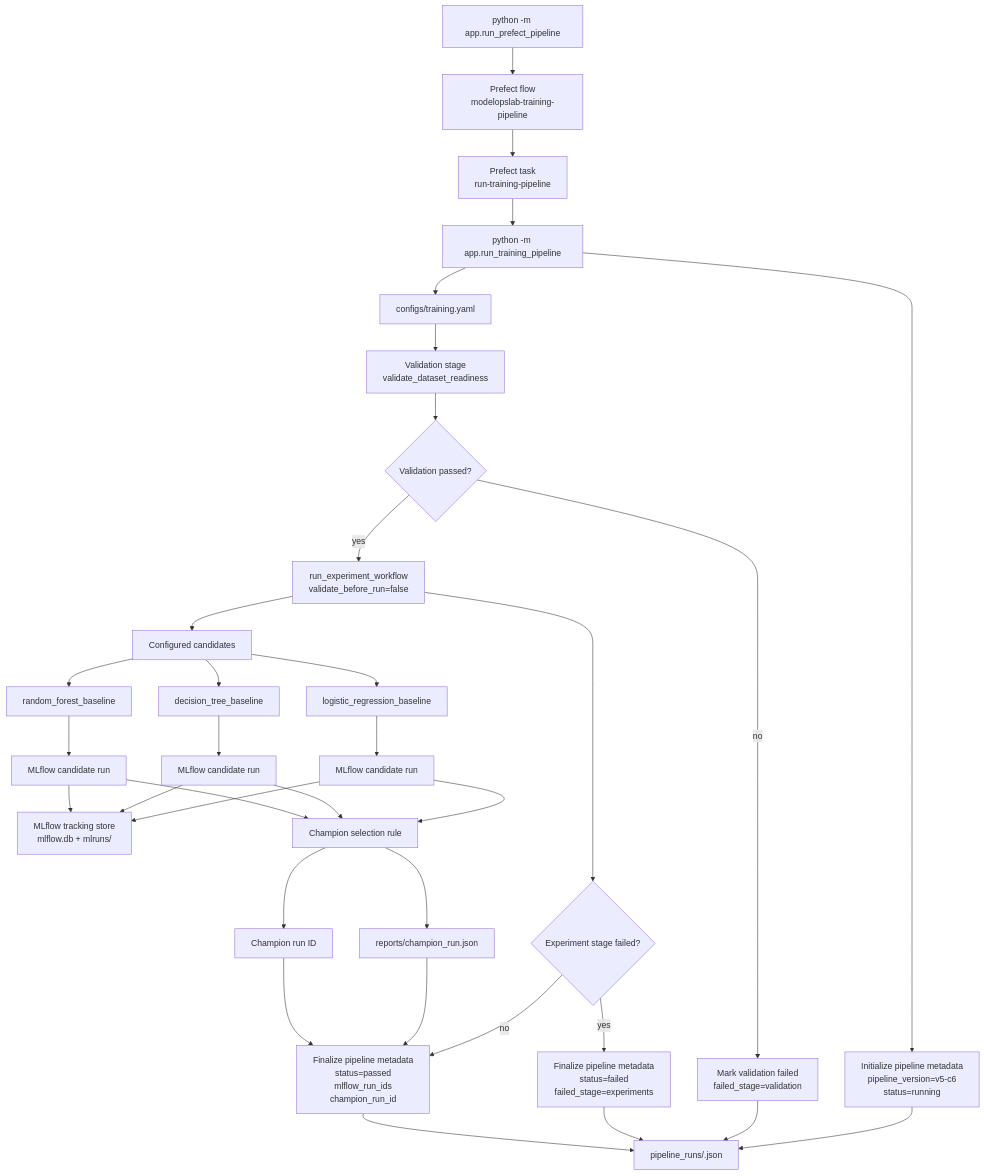
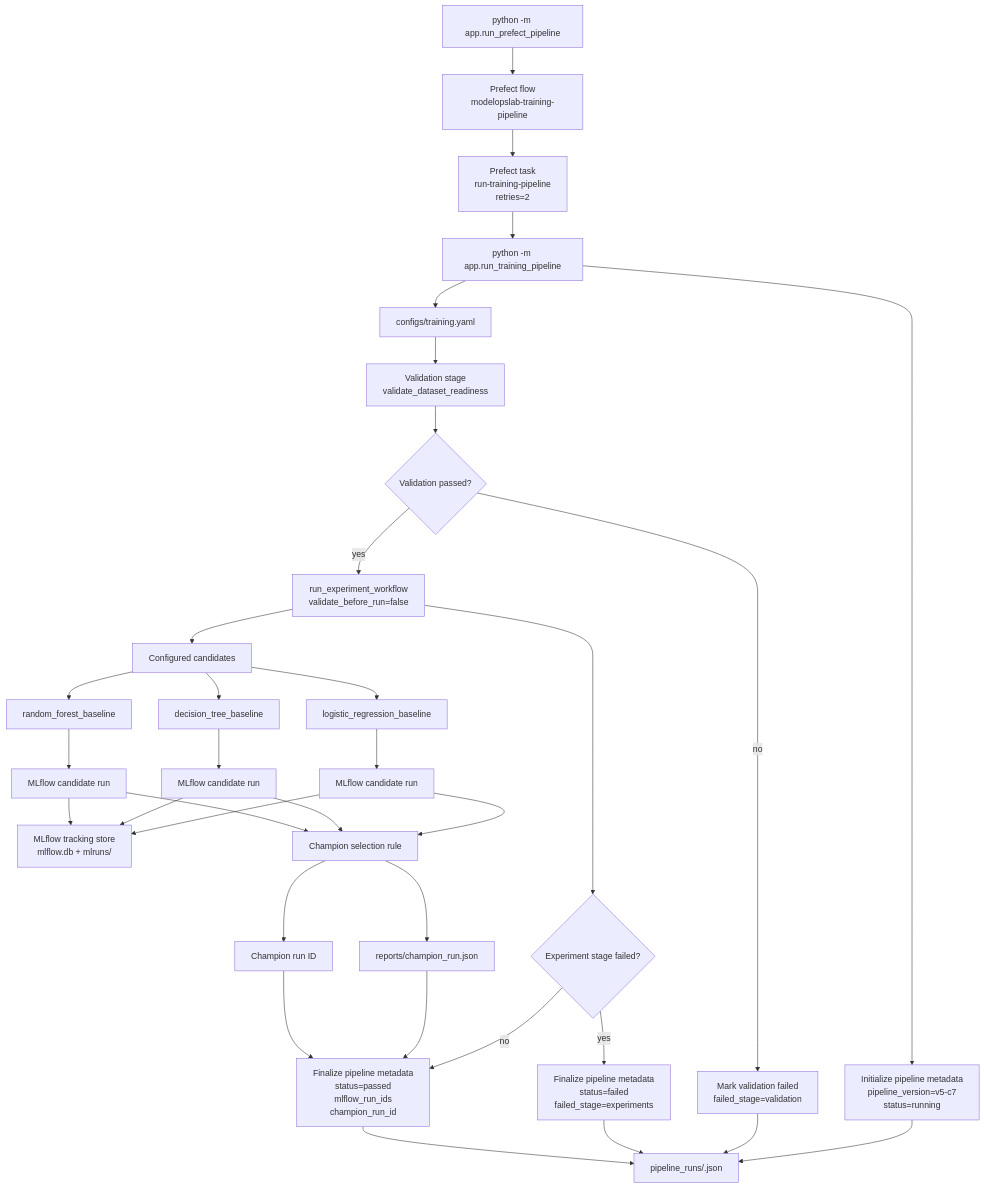
Before and after one commit to git4alauddin/model-ops-lab: the diagram in docs/diagrams/v5_training_pipeline_flow.md, drawn with Mermaid. The commit also changed 11 other files, not shown here.

````diff
--- a/docs/diagrams/v5_training_pipeline_flow.md
+++ b/docs/diagrams/v5_training_pipeline_flow.md
@@ -7,74 +7,74 @@
 ```mermaid
 flowchart TD
     prefect_cmd["python -m app.run_prefect_pipeline"]
     prefect_flow["Prefect flow<br/>modelopslab-training-pipeline"]
-    prefect_task["Prefect task<br/>run-training-pipeline"]
+    prefect_task["Prefect task<br/>run-training-pipeline<br/>retries=2"]
     pipeline_cmd["python -m app.run_training_pipeline"]
     config["configs/training.yaml"]
-    metadata_start["Initialize pipeline metadata<br/>pipeline_version=v5-c6<br/>status=running"]
+    metadata_start["Initialize pipeline metadata<br/>pipeline_version=v5-c7<br/>status=running"]
     validation["Validation stage<br/>validate_dataset_readiness"]
     validation_gate{"Validation passed?"}
     validation_failed["Mark validation failed<br/>failed_stage=validation"]
 
     experiment_workflow["run_experiment_workflow<br/>validate_before_run=false"]
     candidates["Configured candidates"]
     logreg["logistic_regression_baseline"]
     tree["decision_tree_baseline"]
     forest["random_forest_baseline"]
 
     run_a["MLflow candidate run"]
     run_b["MLflow candidate run"]
     run_c["MLflow candidate run"]
     mlflow["MLflow tracking store<br/>mlflow.db + mlruns/"]
 
     selection["Champion selection rule"]
     champion_report["reports/champion_run.json"]
     champion["Champion run ID"]
     metadata_passed["Finalize pipeline metadata<br/>status=passed<br/>mlflow_run_ids<br/>champion_run_id"]
     metadata_failed["Finalize pipeline metadata<br/>status=failed<br/>failed_stage=experiments"]
     pipeline_output["pipeline_runs/<pipeline_run_id>.json"]
 
     experiment_failed{"Experiment stage failed?"}
 
     prefect_cmd --> prefect_flow
     prefect_flow --> prefect_task
     prefect_task --> pipeline_cmd
 
     pipeline_cmd --> config
     pipeline_cmd --> metadata_start
     metadata_start --> pipeline_output
     config --> validation
     validation --> validation_gate
 
     validation_gate -- no --> validation_failed
     validation_failed --> pipeline_output
 
     validation_gate -- yes --> experiment_workflow
     experiment_workflow --> candidates
     candidates --> logreg
     candidates --> tree
     candidates --> forest
 
     logreg --> run_a
     tree --> run_b
     forest --> run_c
 
     run_a --> mlflow
     run_b --> mlflow
     run_c --> mlflow
 
     run_a --> selection
     run_b --> selection
     run_c --> selection
     selection --> champion_report
     selection --> champion
 
     experiment_workflow --> experiment_failed
     experiment_failed -- yes --> metadata_failed
     metadata_failed --> pipeline_output
 
     experiment_failed -- no --> metadata_passed
     champion_report --> metadata_passed
     champion --> metadata_passed
     metadata_passed --> pipeline_output
 ```
````
